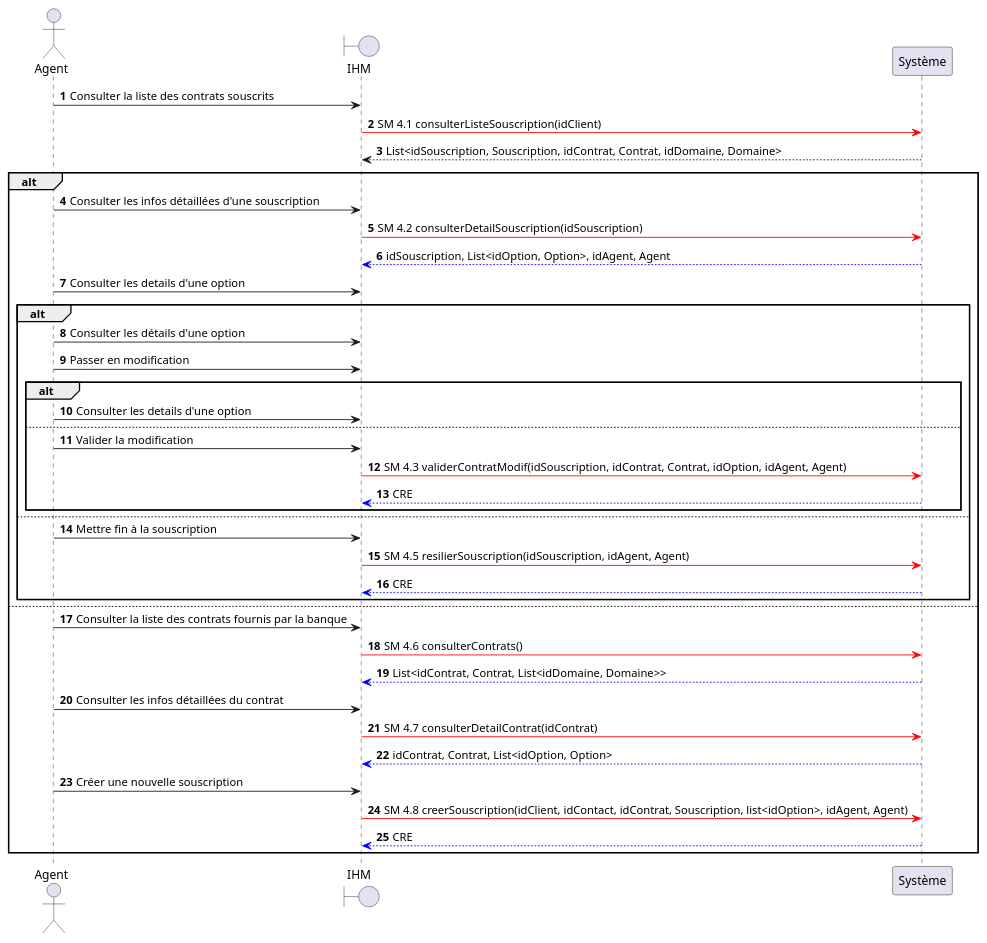
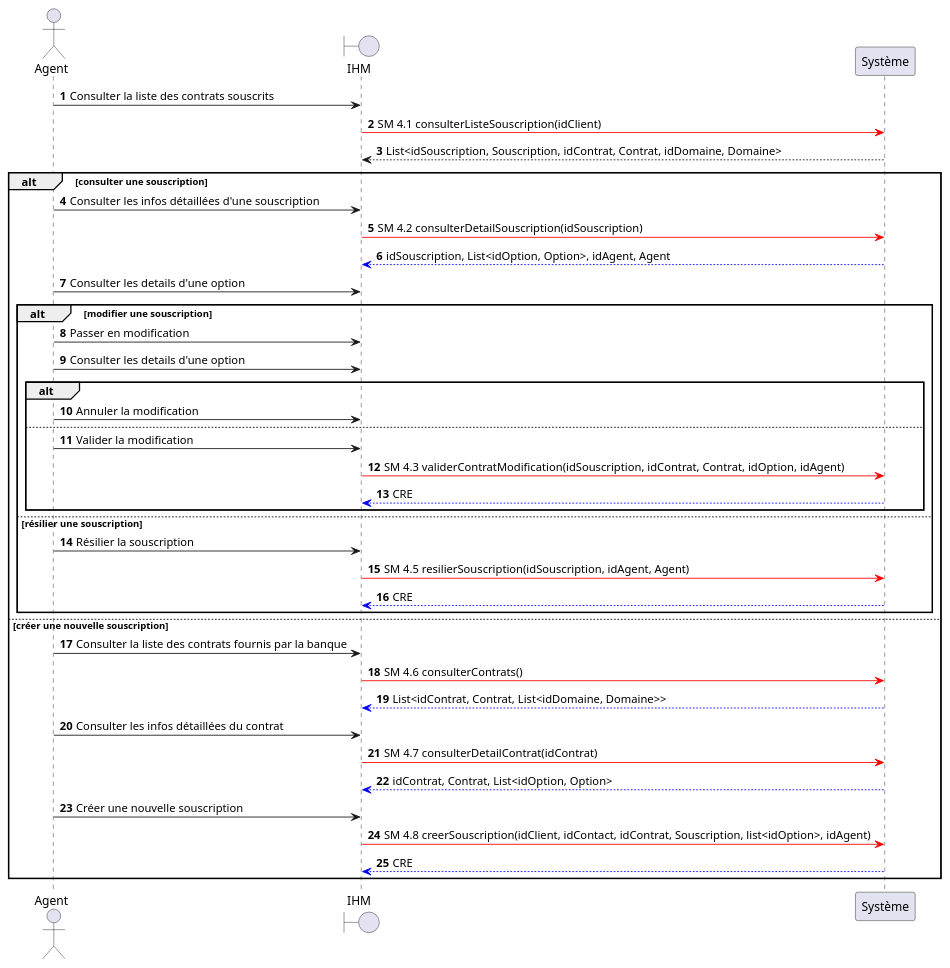
Before and after one commit to HZjiadong/PLD-MARS: the diagram in src/documentation/CU4_DSS.puml, drawn with PlantUML.

Commit message:
fix(CU4_DSS): add modification of souscription and modify logic

```diff
--- a/src/documentation/CU4_DSS.puml
+++ b/src/documentation/CU4_DSS.puml
@@ -1,42 +1,42 @@
 @startuml
 actor Agent
 boundary IHM
 autonumber
 Agent -> IHM : Consulter la liste des contrats souscrits
 IHM -[#red]> Système : SM 4.1 consulterListeSouscription(idClient)
 Système --> IHM : List<idSouscription, Souscription, idContrat, Contrat, idDomaine, Domaine>
 
-alt
+alt consulter une souscription
     Agent -> IHM : Consulter les infos détaillées d'une souscription
     IHM -[#red]> Système : SM 4.2 consulterDetailSouscription(idSouscription)
     Système -[#0000FF]-> IHM : idSouscription, List<idOption, Option>, idAgent, Agent
     Agent -> IHM : Consulter les details d'une option
-    alt
-    Agent -> IHM : Consulter les détails d'une option
+    alt modifier une souscription
     Agent -> IHM : Passer en modification
+    Agent -> IHM : Consulter les details d'une option
         alt
-        Agent -> IHM : Consulter les details d'une option
+        Agent -> IHM : Annuler la modification
         else
         Agent -> IHM : Valider la modification
-        IHM -[#red]> Système : SM 4.3 validerContratModif(idSouscription, idContrat, Contrat, idOption, idAgent, Agent)
+        IHM -[#red]> Système : SM 4.3 validerContratModification(idSouscription, idContrat, Contrat, idOption, idAgent)
         Système -[#0000FF]-> IHM : CRE
         end
-    else
-    Agent -> IHM : Mettre fin à la souscription
+    else résilier une souscription
+    Agent -> IHM : Résilier la souscription
     IHM -[#red]> Système : SM 4.5 resilierSouscription(idSouscription, idAgent, Agent)
     Système -[#0000FF]-> IHM : CRE
     end
-else
+else créer une nouvelle souscription
     Agent -> IHM : Consulter la liste des contrats fournis par la banque
     IHM -[#red]> Système : SM 4.6 consulterContrats()
     Système -[#0000FF]-> IHM : List<idContrat, Contrat, List<idDomaine, Domaine>>
 
     Agent -> IHM : Consulter les infos détaillées du contrat
     IHM -[#red]> Système : SM 4.7 consulterDetailContrat(idContrat)
     Système -[#0000FF]-> IHM : idContrat, Contrat, List<idOption, Option>
 
     Agent -> IHM : Créer une nouvelle souscription
-    IHM -[#red]> Système : SM 4.8 creerSouscription(idClient, idContact, idContrat, Souscription, list<idOption>, idAgent, Agent)
+    IHM -[#red]> Système : SM 4.8 creerSouscription(idClient, idContact, idContrat, Souscription, list<idOption>, idAgent)
     Système -[#0000FF]-> IHM : CRE
 end
 @enduml
```
